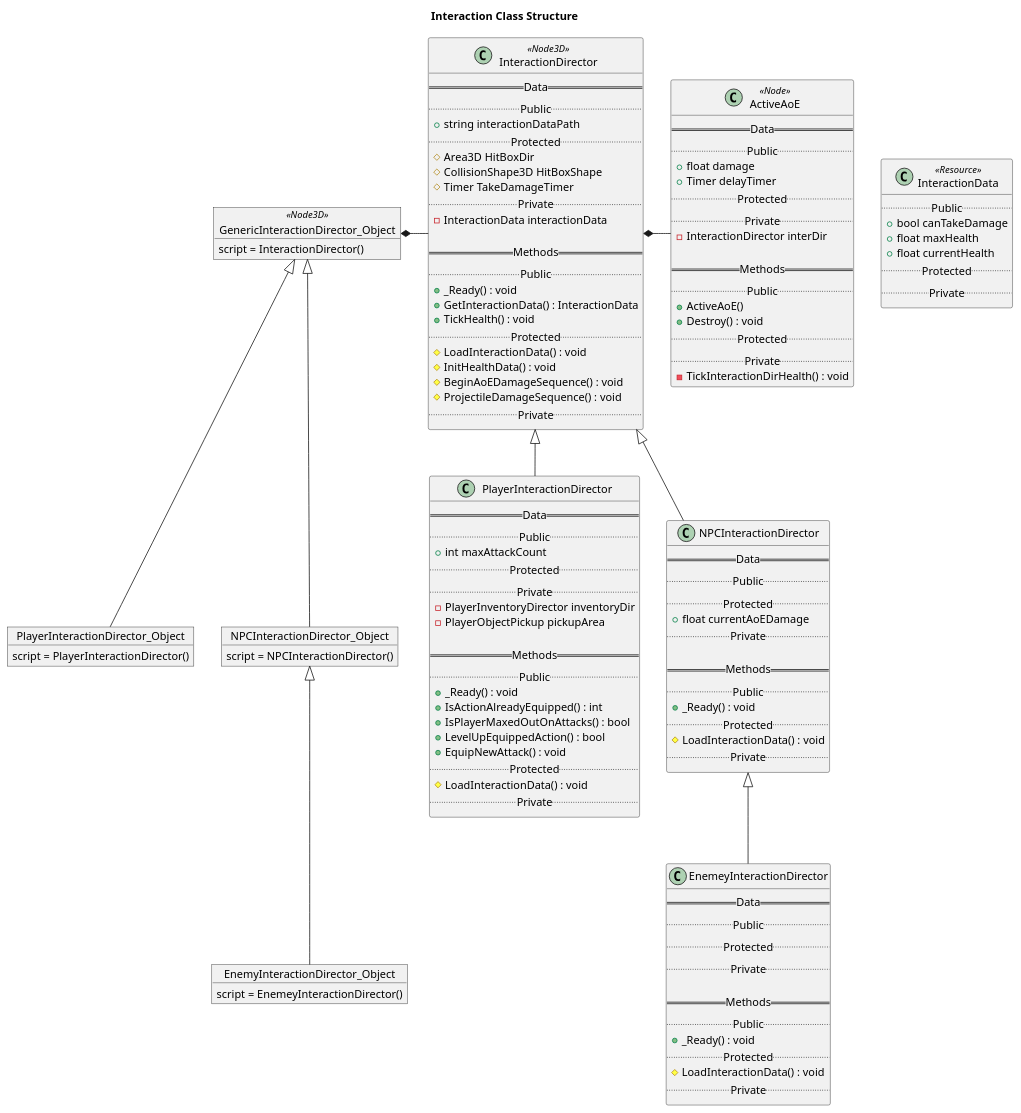
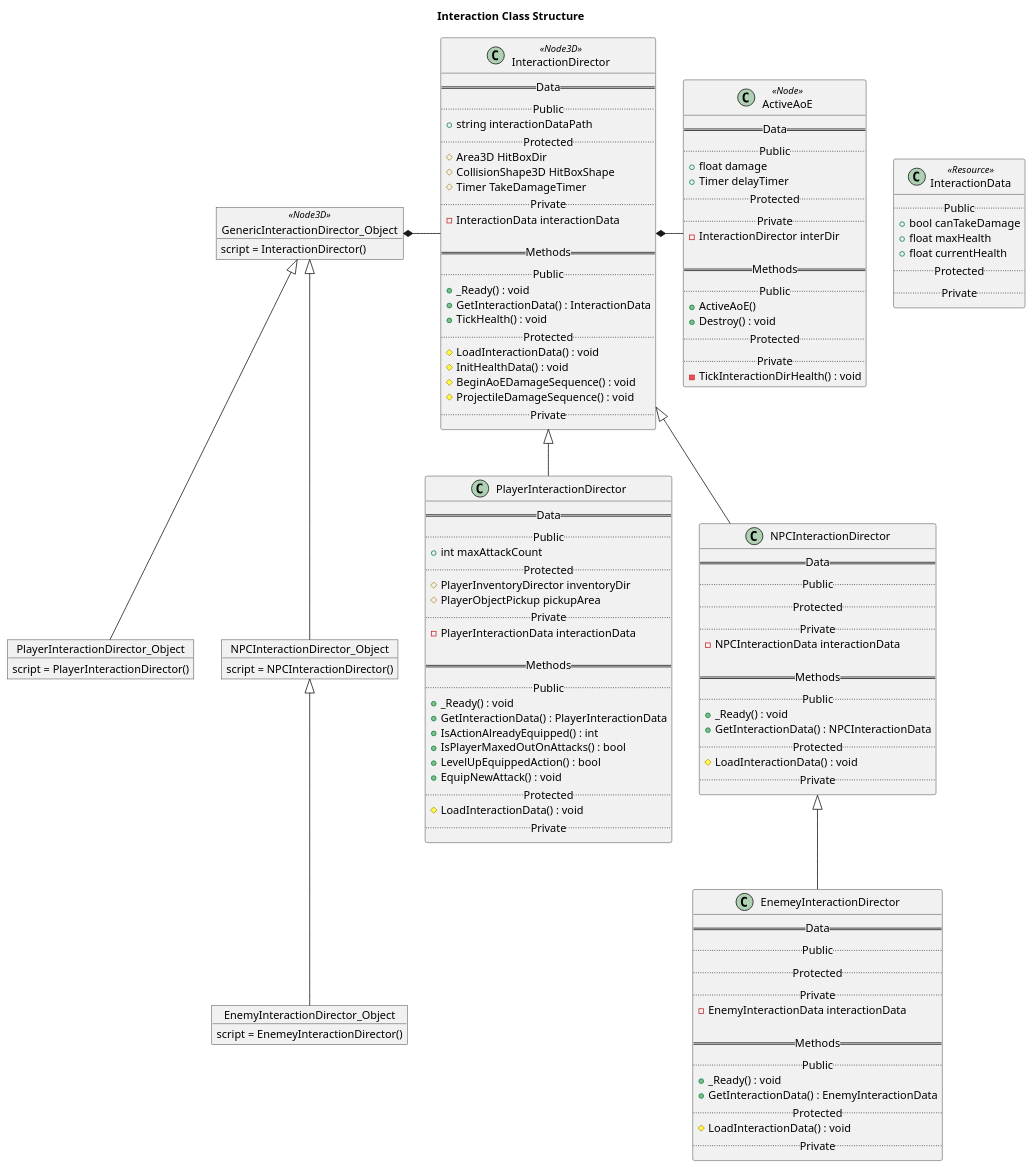
The diagram in UML-Diagrams/src/Interaction_Class_Struct.puml (kjtkanaly/Roguelike-Shoot-Em-Up), drawn with PlantUML before and after one commit. The commit also changed 2 other files, not shown here.

Commit message:
Updated interaction class diagrams

```diff
--- a/UML-Diagrams/src/Interaction_Class_Struct.puml
+++ b/UML-Diagrams/src/Interaction_Class_Struct.puml
@@ -1,135 +1,140 @@
 @startuml Interaction Class Structure
 
 title Interaction Class Structure
 
 ' Interaction Objects
 object GenericInteractionDirector_Object <<Node3D>> {
     script = InteractionDirector()
 }
 
 object PlayerInteractionDirector_Object {
     script = PlayerInteractionDirector()
 }
 
 object NPCInteractionDirector_Object {
     script = NPCInteractionDirector()
 }
 
 object EnemyInteractionDirector_Object {
     script = EnemeyInteractionDirector()
 }
 
 GenericInteractionDirector_Object <|-- PlayerInteractionDirector_Object
 GenericInteractionDirector_Object <|-- NPCInteractionDirector_Object
 NPCInteractionDirector_Object <|-- EnemyInteractionDirector_Object
 
 ' Method Classes
 class InteractionDirector <<Node3D>>{
     == Data ==
     .. Public ..
     + string interactionDataPath
     .. Protected ..
     # Area3D HitBoxDir
     # CollisionShape3D HitBoxShape
     # Timer TakeDamageTimer
     .. Private ..
     - InteractionData interactionData
 
     == Methods ==
     .. Public ..
     + _Ready() : void
     + GetInteractionData() : InteractionData
     + TickHealth() : void
     .. Protected ..
     # LoadInteractionData() : void
     # InitHealthData() : void
     # BeginAoEDamageSequence() : void
     # ProjectileDamageSequence() : void
     .. Private ..
 }
 
 class ActiveAoE <<Node>>{
      == Data ==
     .. Public ..
     + float damage
     + Timer delayTimer
     .. Protected ..
     .. Private ..
     - InteractionDirector interDir
 
     == Methods ==
     .. Public ..
     + ActiveAoE()
     + Destroy() : void
     .. Protected ..
     .. Private ..
     - TickInteractionDirHealth() : void
 }
 
 class PlayerInteractionDirector {
     == Data ==
     .. Public ..
     + int maxAttackCount
     .. Protected ..
+    # PlayerInventoryDirector inventoryDir
+    # PlayerObjectPickup pickupArea
     .. Private ..
-    - PlayerInventoryDirector inventoryDir
-    - PlayerObjectPickup pickupArea
+    - PlayerInteractionData interactionData
 
     == Methods ==
     .. Public ..
     + _Ready() : void
+    + GetInteractionData() : PlayerInteractionData
     + IsActionAlreadyEquipped() : int
     + IsPlayerMaxedOutOnAttacks() : bool
     + LevelUpEquippedAction() : bool
     + EquipNewAttack() : void
     .. Protected ..
     # LoadInteractionData() : void
     .. Private ..
 }
 
 class NPCInteractionDirector {
     == Data ==
     .. Public ..
     .. Protected ..
-    + float currentAoEDamage
     .. Private ..
+    - NPCInteractionData interactionData
 
     == Methods ==
     .. Public ..
     + _Ready() : void
+    + GetInteractionData() : NPCInteractionData
     .. Protected ..
     # LoadInteractionData() : void
     .. Private ..
 }
 
 class EnemeyInteractionDirector {
     == Data ==
     .. Public ..
     .. Protected ..
     .. Private ..
+    - EnemyInteractionData interactionData
 
     == Methods ==
     .. Public ..
     + _Ready() : void
+    + GetInteractionData() : EnemyInteractionData
     .. Protected ..
     # LoadInteractionData() : void
     .. Private ..
 }
 
 GenericInteractionDirector_Object *- InteractionDirector
 InteractionDirector *- ActiveAoE
 InteractionDirector <|-- PlayerInteractionDirector
 InteractionDirector <|-- NPCInteractionDirector
 NPCInteractionDirector <|-- EnemeyInteractionDirector
 
 ' Resource Classes
 class InteractionData <<Resource>> {
     .. Public ..
     + bool canTakeDamage
     + float maxHealth
     + float currentHealth
     .. Protected ..
     .. Private ..
 }
 
 @enduml
```
